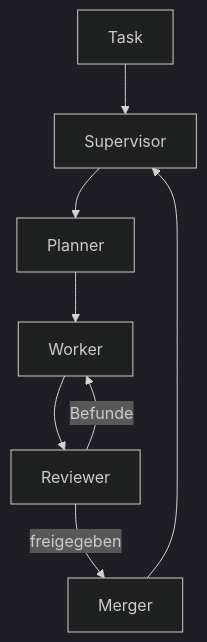
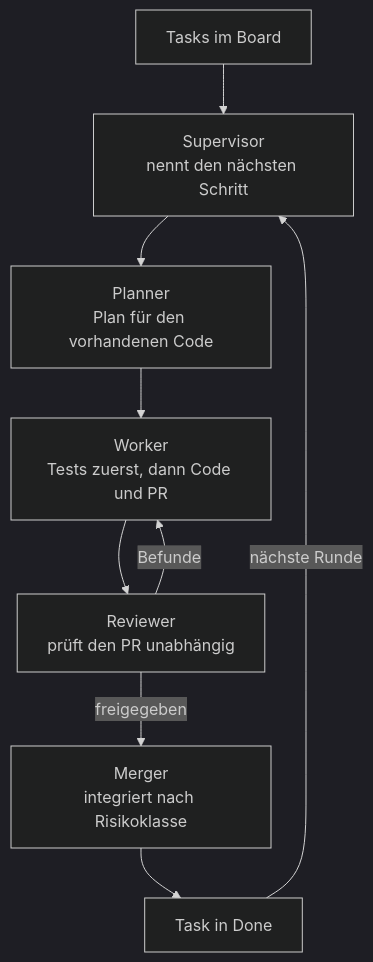
The second of 2 diagrams in README.md (alexwenzel/ccmas), drawn with Mermaid (dark theme) before and after one commit. The commit also changed other lines of this file and 1 other file, not shown here.

Commit message:
Update README.md: enhance project planning flowchart and clarify task workflow

````diff
--- a/README.md
+++ b/README.md
@@ -21,10 +22,11 @@
 ```mermaid
 flowchart TD
-    T[Task] --> S[Supervisor]
-    S --> PL[Planner]
-    PL --> W[Worker]
-    W --> RV[Reviewer]
+    T[Tasks im Board] --> S[Supervisor<br/>nennt den nächsten Schritt]
+    S --> PL[Planner<br/>Plan für den vorhandenen Code]
+    PL --> W[Worker<br/>Tests zuerst, dann Code und PR]
+    W --> RV[Reviewer<br/>prüft den PR unabhängig]
     RV -->|Befunde| W
-    RV -->|freigegeben| MG[Merger]
-    MG --> S
+    RV -->|freigegeben| MG[Merger<br/>integriert nach Risikoklasse]
+    MG --> D[Task in Done]
+    D -->|nächste Runde| S
 ```
````
